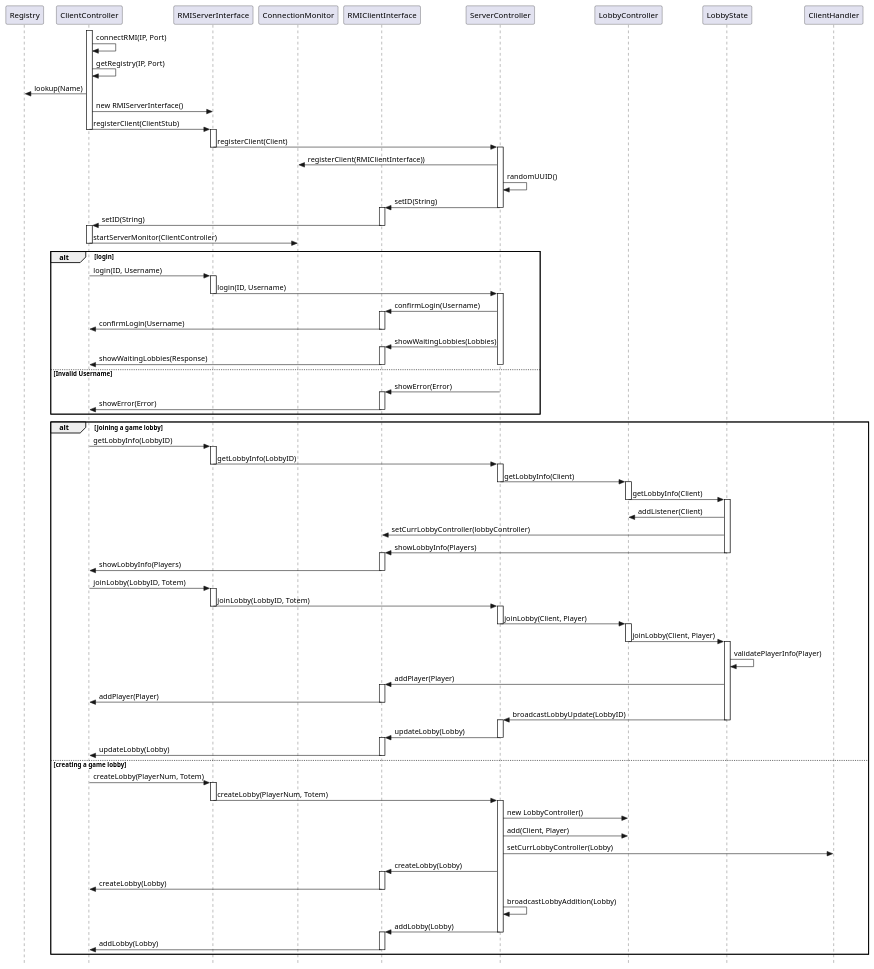
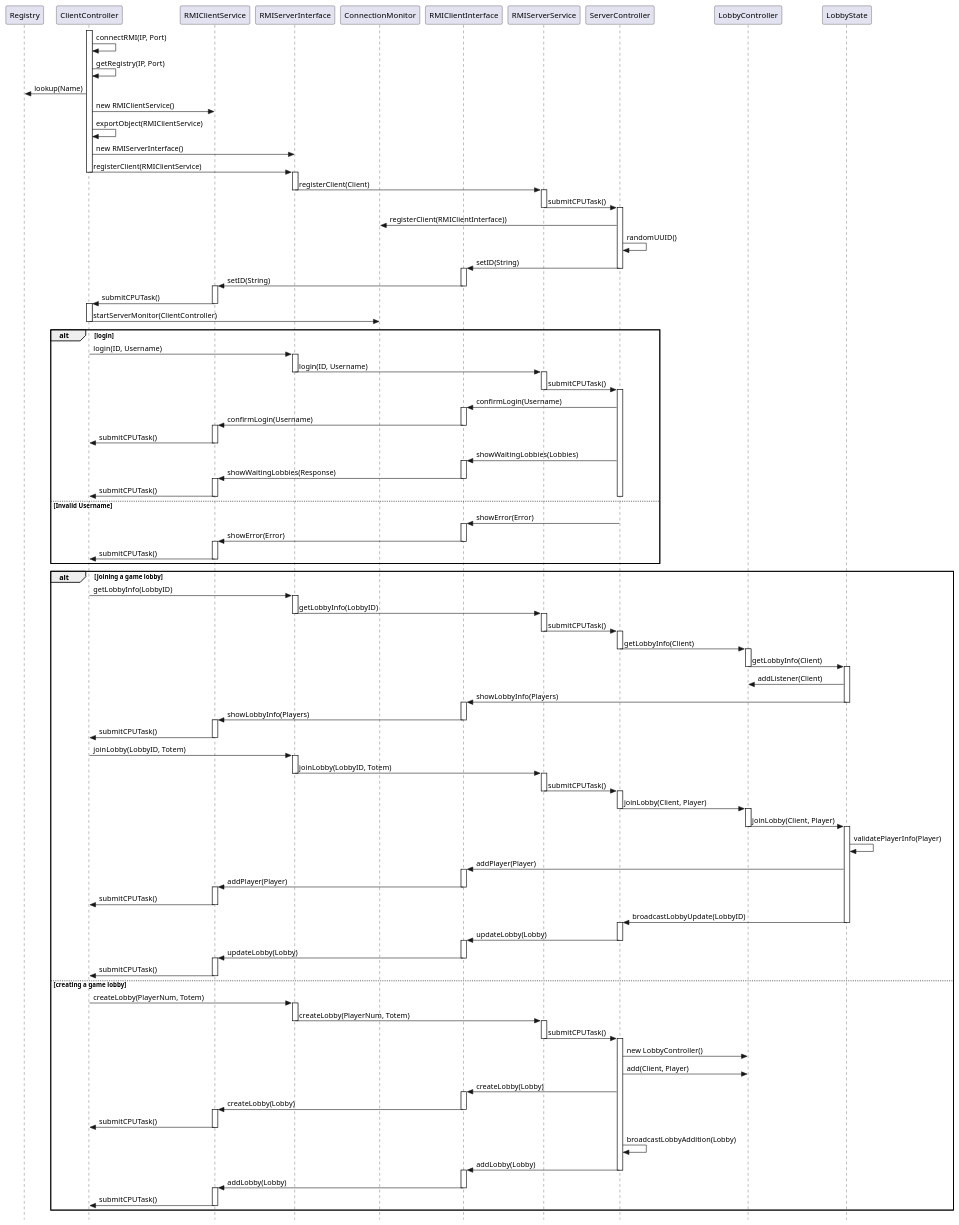
Before and after one commit to Teiyo22/ing-sw-2026-hu-hu-jin-jin: the diagram in uml/game_access_rmi.puml, drawn with PlantUML. The commit also changed 2 other files, not shown here.

Commit message:
Updated sequence models for RMI

```diff
--- a/uml/game_access_rmi.puml
+++ b/uml/game_access_rmi.puml
@@ -3,9 +3,11 @@
 
 participant Registry
 participant ClientController
+participant RMIClientService
 participant RMIServerInterface
 participant ConnectionMonitor
 participant RMIClientInterface
+participant RMIServerService
 participant ServerController
 participant LobbyController
 participant LobbyState
@@ -15,13 +17,19 @@
 ClientController -> ClientController: getRegistry(IP, Port)
 ClientController -> Registry: lookup(Name)
 
+ClientController-> RMIClientService : new RMIClientService()
+ClientController-> ClientController : exportObject(RMIClientService)
 ClientController-> RMIServerInterface : new RMIServerInterface()
-ClientController-> RMIServerInterface : registerClient(ClientStub)
+ClientController-> RMIServerInterface : registerClient(RMIClientService)
 deactivate ClientController
 
 activate RMIServerInterface
-RMIServerInterface -> ServerController: registerClient(Client)
+RMIServerInterface -> RMIServerService: registerClient(Client)
 deactivate RMIServerInterface
+
+activate RMIServerService
+RMIServerService -> ServerController: submitCPUTask()
+deactivate RMIServerService
 
 activate ServerController
 ServerController -> ConnectionMonitor: registerClient(RMIClientInterface))
@@ -30,8 +38,12 @@
 deactivate ServerController
 
 activate RMIClientInterface
-RMIClientInterface -> ClientController: setID(String)
+RMIClientInterface -> RMIClientService: setID(String)
 deactivate RMIClientInterface
+
+activate RMIClientService
+RMIClientService -> ClientController: submitCPUTask()
+deactivate RMIClientService
 
 activate ClientController
 ClientController -> ConnectionMonitor: startServerMonitor(ClientController)
@@ -41,21 +53,33 @@
 ClientController -> RMIServerInterface: login(ID, Username)
 
 activate RMIServerInterface
-RMIServerInterface -> ServerController: login(ID, Username)
+RMIServerInterface -> RMIServerService: login(ID, Username)
 deactivate RMIServerInterface
+
+activate RMIServerService
+RMIServerService -> ServerController: submitCPUTask()
+deactivate RMIServerService
 
 activate ServerController
 ServerController -> RMIClientInterface: confirmLogin(Username)
 
 activate RMIClientInterface
-RMIClientInterface -> ClientController: confirmLogin(Username)
+RMIClientInterface -> RMIClientService: confirmLogin(Username)
 deactivate RMIClientInterface
+
+activate RMIClientService
+RMIClientService -> ClientController: submitCPUTask()
+deactivate RMIClientService
 
 ServerController -> RMIClientInterface: showWaitingLobbies(Lobbies)
 
 activate RMIClientInterface
-RMIClientInterface -> ClientController: showWaitingLobbies(Response)
+RMIClientInterface -> RMIClientService: showWaitingLobbies(Response)
 deactivate RMIClientInterface
+
+activate RMIClientService
+RMIClientService -> ClientController: submitCPUTask()
+deactivate RMIClientService
 
 deactivate ServerController
 
@@ -64,8 +88,12 @@
 ServerController -> RMIClientInterface: showError(Error)
 
 activate RMIClientInterface
-RMIClientInterface -> ClientController: showError(Error)
+RMIClientInterface -> RMIClientService: showError(Error)
 deactivate RMIClientInterface
+
+activate RMIClientService
+RMIClientService -> ClientController: submitCPUTask()
+deactivate RMIClientService
 
 end
 
@@ -73,8 +101,12 @@
     ClientController -> RMIServerInterface : getLobbyInfo(LobbyID)
 
     activate RMIServerInterface
-    RMIServerInterface -> ServerController: getLobbyInfo(LobbyID)
+    RMIServerInterface -> RMIServerService: getLobbyInfo(LobbyID)
     deactivate RMIServerInterface
+
+    activate RMIServerService
+    RMIServerService -> ServerController: submitCPUTask()
+    deactivate RMIServerService
 
     activate ServerController
     ServerController -> LobbyController: getLobbyInfo(Client)
@@ -86,19 +118,26 @@
 
     activate LobbyState
     LobbyState -> LobbyController : addListener(Client)
-    LobbyState -> RMIClientInterface: setCurrLobbyController(lobbyController)
     LobbyState -> RMIClientInterface: showLobbyInfo(Players)
     deactivate LobbyState
 
     activate RMIClientInterface
-    RMIClientInterface -> ClientController: showLobbyInfo(Players)
+    RMIClientInterface -> RMIClientService: showLobbyInfo(Players)
     deactivate RMIClientInterface
+
+    activate RMIClientService
+    RMIClientService -> ClientController: submitCPUTask()
+    deactivate RMIClientService
 
     ClientController -> RMIServerInterface : joinLobby(LobbyID, Totem)
 
     activate RMIServerInterface
-    RMIServerInterface -> ServerController: joinLobby(LobbyID, Totem)
+    RMIServerInterface -> RMIServerService: joinLobby(LobbyID, Totem)
     deactivate RMIServerInterface
+
+    activate RMIServerService
+    RMIServerService -> ServerController: submitCPUTask()
+    deactivate RMIServerService
 
     activate ServerController
     ServerController -> LobbyController: joinLobby(Client, Player)
@@ -113,8 +152,12 @@
     LobbyState -> RMIClientInterface: addPlayer(Player)
 
     activate RMIClientInterface
-    RMIClientInterface -> ClientController: addPlayer(Player)
+    RMIClientInterface -> RMIClientService: addPlayer(Player)
     deactivate RMIClientInterface
+
+    activate RMIClientService
+    RMIClientService -> ClientController: submitCPUTask()
+    deactivate RMIClientService
 
     LobbyState -> ServerController: broadcastLobbyUpdate(LobbyID)
     deactivate LobbyState
@@ -124,33 +167,48 @@
     deactivate ServerController
 
     activate RMIClientInterface
-    RMIClientInterface -> ClientController: updateLobby(Lobby)
+    RMIClientInterface -> RMIClientService: updateLobby(Lobby)
     deactivate RMIClientInterface
+
+    activate RMIClientService
+    RMIClientService -> ClientController: submitCPUTask()
+    deactivate RMIClientService
 
 else creating a game lobby
     ClientController -> RMIServerInterface : createLobby(PlayerNum, Totem)
 
     activate RMIServerInterface
-    RMIServerInterface -> ServerController: createLobby(PlayerNum, Totem)
+    RMIServerInterface -> RMIServerService: createLobby(PlayerNum, Totem)
     deactivate RMIServerInterface
+
+    activate RMIServerService
+    RMIServerService -> ServerController: submitCPUTask()
+    deactivate RMIServerService
 
     activate ServerController
     ServerController -> LobbyController: new LobbyController()
     ServerController -> LobbyController: add(Client, Player)
-    ServerController -> ClientHandler: setCurrLobbyController(Lobby)
     ServerController -> RMIClientInterface: createLobby(Lobby)
 
     activate RMIClientInterface
-    RMIClientInterface -> ClientController: createLobby(Lobby)
+    RMIClientInterface -> RMIClientService: createLobby(Lobby)
     deactivate RMIClientInterface
+
+    activate RMIClientService
+    RMIClientService -> ClientController: submitCPUTask()
+    deactivate RMIClientService
 
     ServerController -> ServerController : broadcastLobbyAddition(Lobby)
     ServerController -> RMIClientInterface : addLobby(Lobby)
     deactivate ServerController
 
     activate RMIClientInterface
-    RMIClientInterface -> ClientController: addLobby(Lobby)
+    RMIClientInterface -> RMIClientService: addLobby(Lobby)
     deactivate RMIClientInterface
+
+    activate RMIClientService
+    RMIClientService -> ClientController: submitCPUTask()
+    deactivate RMIClientService
 end
 
 @enduml
```
